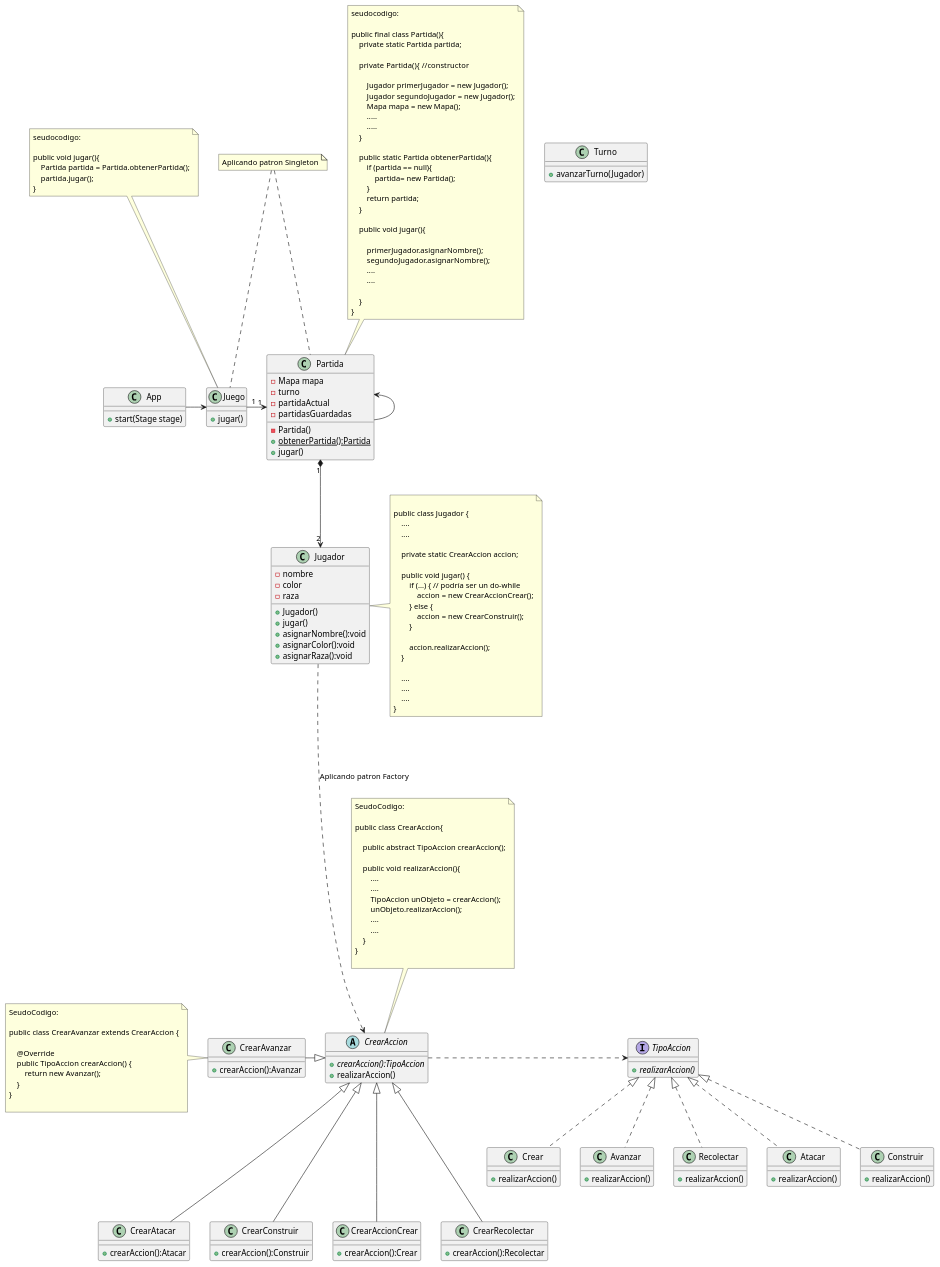
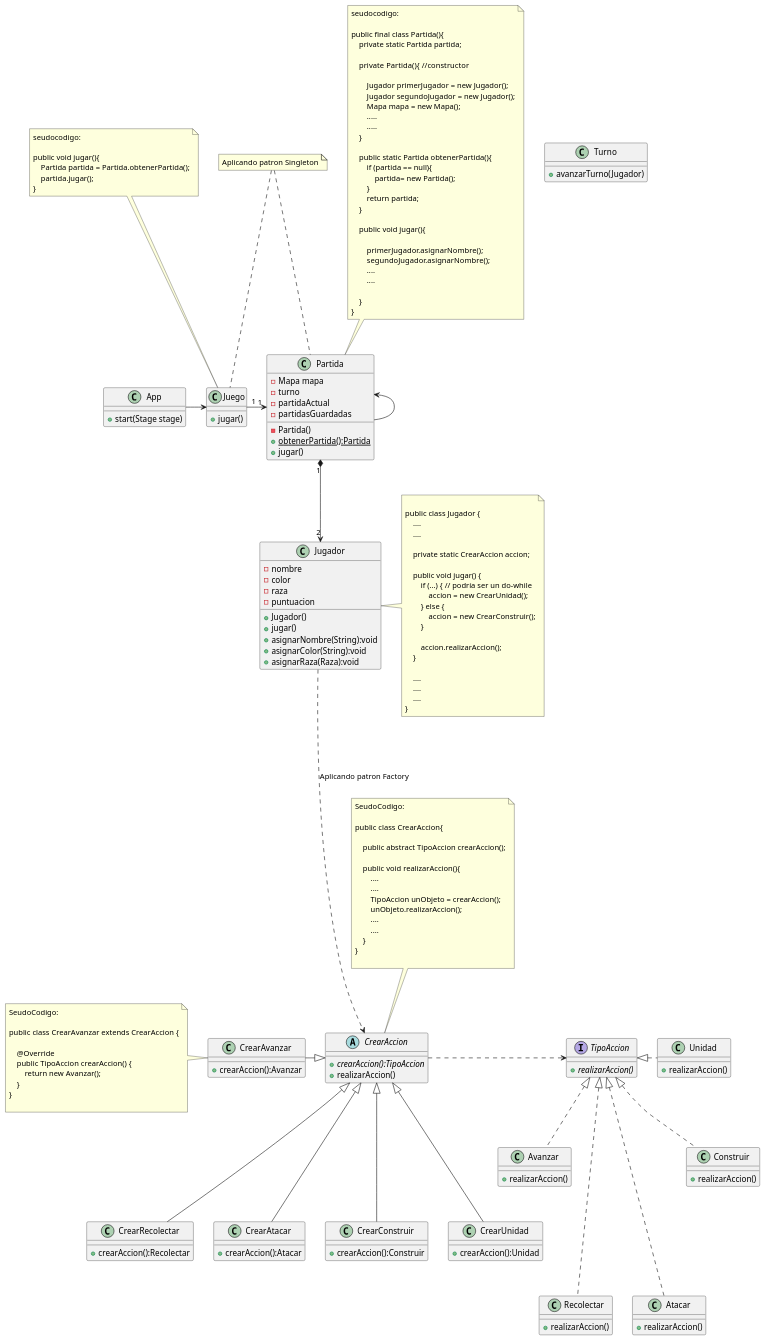
The diagram in diagrams/classes/ModeloVersion3-Partida.puml (GiaWong/Algo3_TP2_2C2022), drawn with PlantUML before and after one commit. The commit also changed 2 other files, not shown here.

Commit message:
Uniendo Partida y Raza - DiagramaClase

```diff
--- a/diagrams/classes/ModeloVersion3-Partida.puml
+++ b/diagrams/classes/ModeloVersion3-Partida.puml
@@ -66,12 +66,13 @@
     - nombre
     - color
     - raza
+    - puntuacion
 
     + Jugador()
     + jugar()
-    + asignarNombre():void
-    + asignarColor():void
-    + asignarRaza():void
+    + asignarNombre(String):void
+    + asignarColor(String):void
+    + asignarRaza(Raza):void
 
 
 }
@@ -128,16 +129,17 @@
 class Construir{
     +realizarAccion()
 }
-class Crear{
+class Unidad{
     +realizarAccion()
+
 }
 
 
 TipoAccion<|.. Avanzar
-TipoAccion<|.. Recolectar
-TipoAccion<|.. Atacar
+TipoAccion<|.... Recolectar
+TipoAccion<|.... Atacar
 TipoAccion<|.. Construir
-TipoAccion<|.. Crear
+TipoAccion<|..right.. Unidad
 
 abstract CrearAccion{
     +{abstract}crearAccion():TipoAccion
@@ -188,8 +190,8 @@
 class CrearConstruir{
     +crearAccion():Construir
 }
-class CrearAccionCrear{
-    +crearAccion():Crear
+class CrearUnidad{
+    +crearAccion():Unidad
 }
 
 CrearAccion .right.> TipoAccion
@@ -198,7 +200,7 @@
 CrearAccion <|--- CrearRecolectar
 CrearAccion <|--- CrearAtacar
 CrearAccion <|--- CrearConstruir
-CrearAccion <|--- CrearAccionCrear
+CrearAccion <|--- CrearUnidad
 
 
 Jugador ....> CrearAccion: Aplicando patron Factory
@@ -213,7 +215,7 @@
 
         public void jugar() {
             if (...) { // podría ser un do-while
-                accion = new CrearAccionCrear();
+                accion = new CrearUnidad();
             } else {
                 accion = new CrearConstruir();
             }
```
